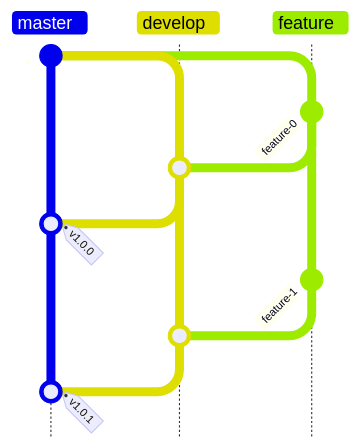
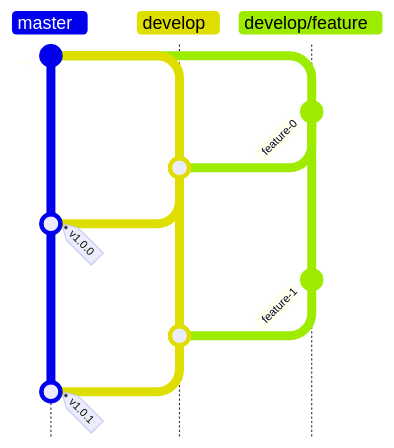
One commit to marcobn/PAOFLOW changed the first of 2 diagrams in CONTRIBUTING.md. Above: the diagram before and after it, drawn with Mermaid. The commit also changed other lines of this file, not shown here.

````diff
--- a/CONTRIBUTING.md
+++ b/CONTRIBUTING.md
@@ -3,25 +54,24 @@
 ```mermaid
 ---
 config:
   gitGraph:
     mainBranchName: 'master'
 ---
-    gitGraph TB:
-        commit id: ' '
-        checkout master
-        branch develop
-        checkout master
-        branch feature
-        commit id: 'feature-0'
-        checkout develop
-        merge feature
-        checkout master
-        merge develop tag: 'v1.0.0'
-        checkout feature
-        commit id: 'feature-1'
-        checkout develop 
-        merge feature 
-        checkout master
-        merge develop  tag: 'v1.0.1'
-        
+gitGraph TB:
+    commit id: ' '
+    checkout master
+    branch develop
+    checkout master
+    branch develop/feature
+    commit id: 'feature-0'
+    checkout develop
+    merge develop/feature
+    checkout master
+    merge develop tag: 'v1.0.0'
+    checkout develop/feature
+    commit id: 'feature-1'
+    checkout develop
+    merge develop/feature
+    checkout master
+    merge develop tag: 'v1.0.1'
 ```
````
